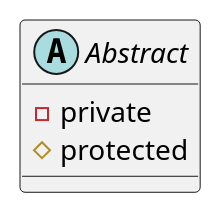
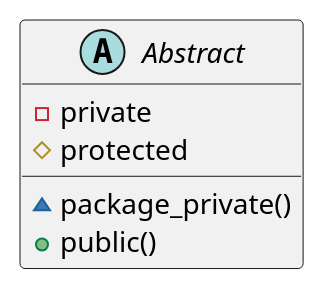
The diagram in uml/diagrama8.puml (Espadv69/uml-begginer), drawn with PlantUML before and after one commit.

Commit message:
Update: content into Abstract

```diff
--- a/uml/diagrama8.puml
+++ b/uml/diagrama8.puml
@@ -1,8 +1,12 @@
 @startuml diagrama8
 
-abstract Abstract {
-    -private
-    #protected
-}
+    abstract Abstract {
+        -private
+        #protected
+        ~package_private()
+        +public()
+    }
+
+    
 
 @enduml
```
